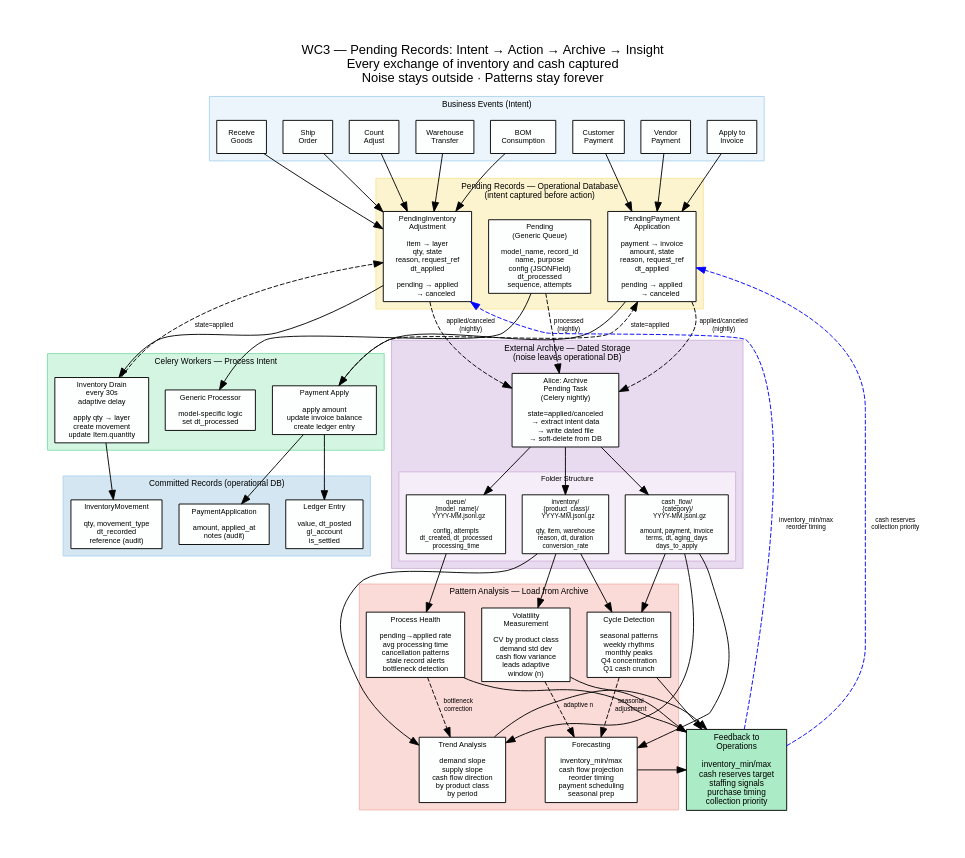
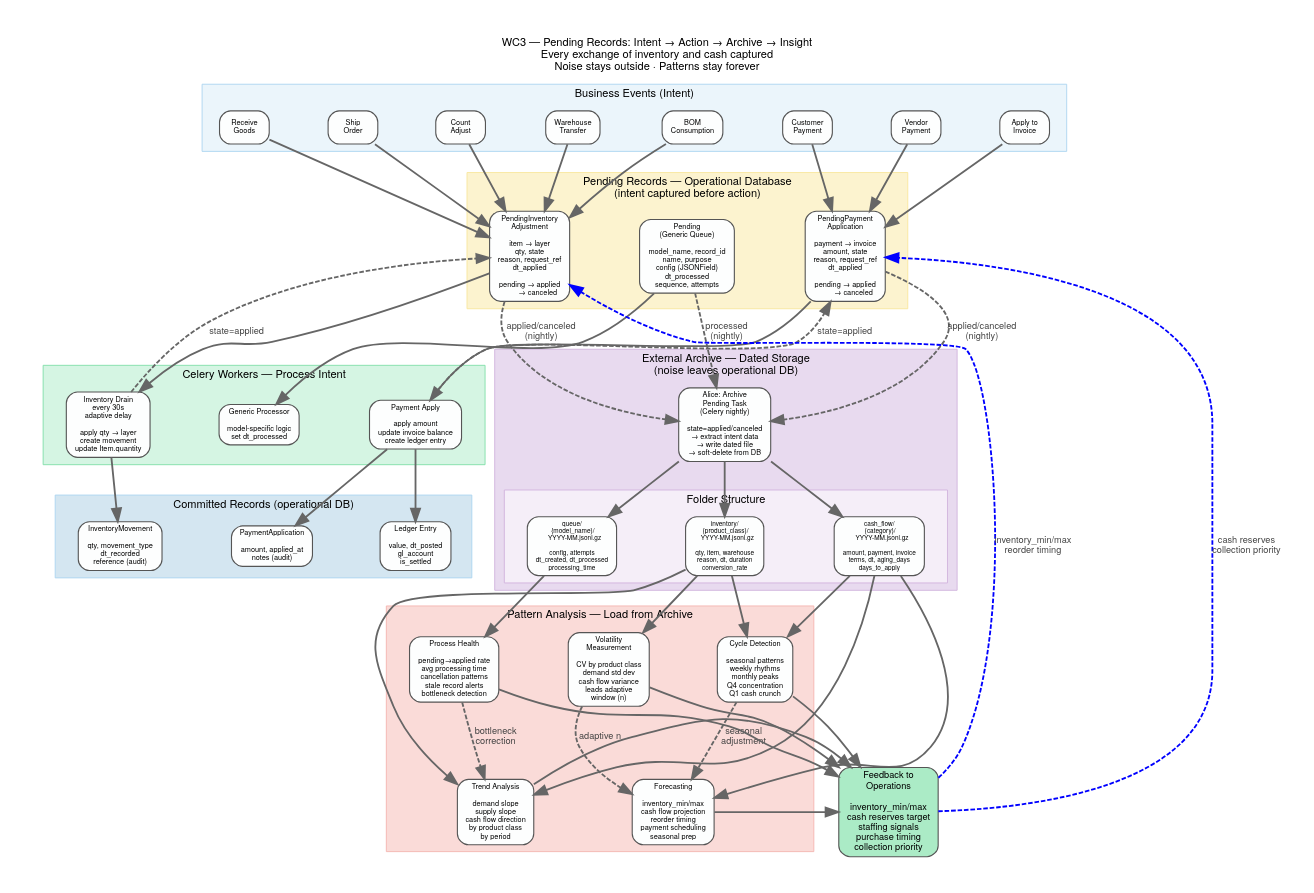
One commit to JPods/allie-core changed the diagram in readmes/flowcharts/wc3-pending-records.enriched.dot. Above: the diagram before and after it, drawn with Graphviz. The commit also changed 121 other files, not shown here.

First line of the commit message:
CodeMap: live architecture tool — 3 layers, 34 flowcharts, 55+ mapped nodes

```diff
--- a/readmes/flowcharts/wc3-pending-records.enriched.dot
+++ b/readmes/flowcharts/wc3-pending-records.enriched.dot
@@ -1,162 +1,179 @@
 // WC3 Pending Records — Intent Capture, Pattern Analysis, External Archive
 // Every exchange of inventory and cash logged as intent → action → archive → insight
 // Render: dot -Tpdf wc3-pending-records.dot -o wc3-pending-records.pdf
 
 // CodeMap revision: 1 — 2026-08-11
 
 digraph wc3_pending {
+    // ── CodeMap Standard Style ──
+    fontname="Helvetica Neue,Helvetica,Arial,sans-serif"
+    fontsize=12
+    bgcolor="white"
+    pad=0.4
+    nodesep=0.5
+    ranksep=0.6
+    splines=true
+    ratio=0.75
+
+    node [
+        fontname="Helvetica Neue,Helvetica,Arial,sans-serif"
+        fontsize=10
+        style="filled,rounded"
+        shape=box
+        penwidth=1.2
+        color="#555555"
+        margin="0.12,0.06"
+    ]
+
+    edge [
+        fontname="Helvetica Neue,Helvetica,Arial,sans-serif"
+        fontsize=10
+        penwidth=2.0
+        arrowhead=normal
+        arrowsize=1.4
+        color="#666666"
+        fontcolor="#444444"
+    ]
+
     rankdir=TB
-    fontname="Helvetica"
-    fontsize=11
-    node [fontname="Helvetica" fontsize=9 style=filled]
-    edge [fontname="Helvetica" fontsize=7]
     label="WC3 — Pending Records: Intent → Action → Archive → Insight\nEvery exchange of inventory and cash captured\nNoise stays outside · Patterns stay forever"
     labelloc=t
-    fontsize=14
-    pad=0.5
 
     // ── Business Events ──
     subgraph cluster_events {
         label="Business Events (Intent)"
         style=filled fillcolor="#EBF5FB" color="#AED6F1"
-        fontsize=9
 
         receive [label="Receive\nGoods" shape=box fillcolor="#FDFEFE" fontsize=8]
         ship [label="Ship\nOrder" shape=box fillcolor="#FDFEFE" fontsize=8]
         adjust [label="Count\nAdjust" shape=box fillcolor="#FDFEFE" fontsize=8]
         transfer [label="Warehouse\nTransfer" shape=box fillcolor="#FDFEFE" fontsize=8]
         bom_consume [label="BOM\nConsumption" shape=box fillcolor="#FDFEFE" fontsize=8]
         payment_in [label="Customer\nPayment" shape=box fillcolor="#FDFEFE" fontsize=8]
         payment_out [label="Vendor\nPayment" shape=box fillcolor="#FDFEFE" fontsize=8]
         apply_cash [label="Apply to\nInvoice" shape=box fillcolor="#FDFEFE" fontsize=8]
     }
 
     // ── Pending Records (operational DB) ──
     subgraph cluster_pending {
         label="Pending Records — Operational Database\n(intent captured before action)"
         style=filled fillcolor="#FCF3CF" color="#F9E79F"
-        fontsize=9
 
         pend_inv [label="PendingInventory\nAdjustment\n\nitem → layer\nqty, state\nreason, request_ref\ndt_applied\n\npending → applied\n         → canceled" shape=box fillcolor="#FDFEFE" fontsize=8]
 
         pend_pay [label="PendingPayment\nApplication\n\npayment → invoice\namount, state\nreason, request_ref\ndt_applied\n\npending → applied\n         → canceled" shape=box fillcolor="#FDFEFE" fontsize=8]
 
         pend_generic [label="Pending\n(Generic Queue)\n\nmodel_name, record_id\nname, purpose\nconfig (JSONField)\ndt_processed\nsequence, attempts" shape=box fillcolor="#FDFEFE" fontsize=8]
     }
 
     // ── Processing ──
     subgraph cluster_processing {
         label="Celery Workers — Process Intent"
         style=filled fillcolor="#D5F5E3" color="#82E0AA"
-        fontsize=9
 
         inv_drain [label="Inventory Drain\nevery 30s\nadaptive delay\n\napply qty → layer\ncreate movement\nupdate Item.quantity" shape=box fillcolor="#FDFEFE" fontsize=8]
         pay_apply [label="Payment Apply\n\napply amount\nupdate invoice balance\ncreate ledger entry" shape=box fillcolor="#FDFEFE" fontsize=8]
         generic_proc [label="Generic Processor\n\nmodel-specific logic\nset dt_processed" shape=box fillcolor="#FDFEFE" fontsize=8]
     }
 
     // ── Committed Records ──
     subgraph cluster_committed {
         label="Committed Records (operational DB)"
         style=filled fillcolor="#D4E6F1" color="#AED6F1"
-        fontsize=9
 
         inv_movement [label="InventoryMovement\n\nqty, movement_type\ndt_recorded\nreference (audit)" shape=box fillcolor="#FDFEFE" fontsize=8]
         pay_app [label="PaymentApplication\n\namount, applied_at\nnotes (audit)" shape=box fillcolor="#FDFEFE" fontsize=8]
         ledger [label="Ledger Entry\n\nvalue, dt_posted\ngl_account\nis_settled" shape=box fillcolor="#FDFEFE" fontsize=8]
     }
 
     // ── Archive (external storage) ──
     subgraph cluster_archive {
         label="External Archive — Dated Storage\n(noise leaves operational DB)"
         style=filled fillcolor="#E8DAEF" color="#D2B4DE"
-        fontsize=9
 
         archive_task [label="Alice: Archive\nPending Task\n(Celery nightly)\n\nstate=applied/canceled\n→ extract intent data\n→ write dated file\n→ soft-delete from DB" shape=box fillcolor="#FDFEFE" fontsize=8]
 
         subgraph cluster_folders {
             label="Folder Structure"
             style=filled fillcolor="#F5EEF8" color="#D2B4DE"
-            fontsize=8
 
             inv_folder [label="inventory/\n  {product_class}/\n    YYYY-MM.jsonl.gz\n\nqty, item, warehouse\nreason, dt, duration\nconversion_rate" shape=box fillcolor="#FDFEFE" fontsize=7]
             cash_folder [label="cash_flow/\n  {category}/\n    YYYY-MM.jsonl.gz\n\namount, payment, invoice\nterms, dt, aging_days\ndays_to_apply" shape=box fillcolor="#FDFEFE" fontsize=7]
             queue_folder [label="queue/\n  {model_name}/\n    YYYY-MM.jsonl.gz\n\nconfig, attempts\ndt_created, dt_processed\nprocessing_time" shape=box fillcolor="#FDFEFE" fontsize=7]
         }
     }
 
     // ── Analysis Collections ──
     subgraph cluster_analysis {
         label="Pattern Analysis — Load from Archive"
         style=filled fillcolor="#FADBD8" color="#F5B7B1"
-        fontsize=9
 
         trends [label="Trend Analysis\n\ndemand slope\nsupply slope\ncash flow direction\nby product class\nby period" shape=box fillcolor="#FDFEFE" fontsize=8]
         cycles [label="Cycle Detection\n\nseasonal patterns\nweekly rhythms\nmonthly peaks\nQ4 concentration\nQ1 cash crunch" shape=box fillcolor="#FDFEFE" fontsize=8]
         volatility [label="Volatility\nMeasurement\n\nCV by product class\ndemand std dev\ncash flow variance\nleads adaptive\nwindow (n)" shape=box fillcolor="#FDFEFE" fontsize=8]
         process [label="Process Health\n\npending→applied rate\navg processing time\ncancellation patterns\nstale record alerts\nbottleneck detection" shape=box fillcolor="#FDFEFE" fontsize=8]
         forecast [label="Forecasting\n\ninventory_min/max\ncash flow projection\nreorder timing\npayment scheduling\nseasonal prep" shape=box fillcolor="#FDFEFE" fontsize=8]
     }
 
     // ── Feedback to Operations ──
     feedback [label="Feedback to\nOperations\n\ninventory_min/max\ncash reserves target\nstaffing signals\npurchase timing\ncollection priority" shape=box fillcolor="#ABEBC6"]
 
     // ═══ EDGES ═══
 
     // Events → Pending
     receive -> pend_inv
     ship -> pend_inv
     adjust -> pend_inv
     transfer -> pend_inv
     bom_consume -> pend_inv
     payment_in -> pend_pay
     payment_out -> pend_pay
     apply_cash -> pend_pay
 
     // Pending → Processing
     pend_inv -> inv_drain
     pend_pay -> pay_apply
     pend_generic -> generic_proc
 
     // Processing → Committed
     inv_drain -> inv_movement
     pay_apply -> pay_app
     pay_apply -> ledger
     inv_drain -> pend_inv [label="state=applied" style=dashed]
     pay_apply -> pend_pay [label="state=applied" style=dashed]
 
     // Applied pending → Archive
     pend_inv -> archive_task [label="applied/canceled\n(nightly)" style=dashed]
     pend_pay -> archive_task [label="applied/canceled\n(nightly)" style=dashed]
     pend_generic -> archive_task [label="processed\n(nightly)" style=dashed]
 
     // Archive → Folders
     archive_task -> inv_folder
     archive_task -> cash_folder
     archive_task -> queue_folder
 
     // Folders → Analysis
     inv_folder -> trends
     inv_folder -> cycles
     inv_folder -> volatility
     cash_folder -> trends
     cash_folder -> cycles
     cash_folder -> forecast
     queue_folder -> process
 
     // Analysis cross-feeds
     volatility -> forecast [style=dashed label="adaptive n"]
     cycles -> forecast [style=dashed label="seasonal\nadjustment"]
     process -> trends [style=dashed label="bottleneck\ncorrection"]
 
     // Analysis → Feedback
     trends -> feedback
     cycles -> feedback
     volatility -> feedback
     forecast -> feedback
     process -> feedback
 
     // Feedback → Operations
     feedback -> pend_inv [label="inventory_min/max\nreorder timing" style=dashed color=blue]
     feedback -> pend_pay [label="cash reserves\ncollection priority" style=dashed color=blue]
 }
```
